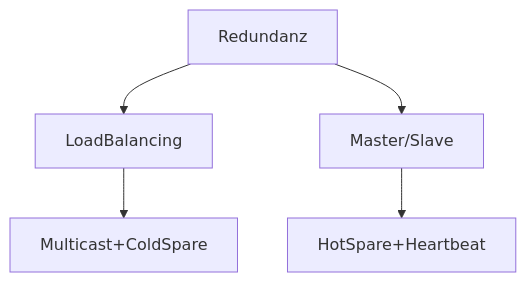
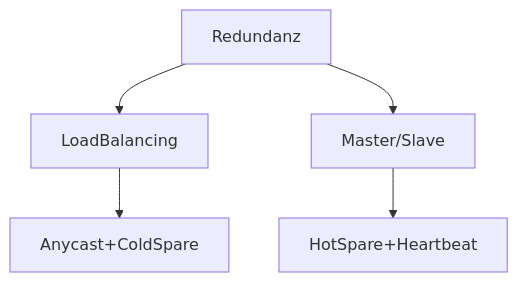
One commit to johannesloetzsch/LF10b changed the second of 4 diagrams in src/verfuegbarkeit.md. Above: the diagram before and after it, drawn with Mermaid. The commit also changed 2 other files, not shown here.

Commit message:
korrekturen

````diff
--- a/src/verfuegbarkeit.md
+++ b/src/verfuegbarkeit.md
@@ -45,7 +45,7 @@
 ```mermaid
 flowchart TB
   Redundanz --> LoadBalancing
-  LoadBalancing --> Multicast+ColdSpare
+  LoadBalancing --> Anycast+ColdSpare
   Redundanz --> ms[Master/Slave]
   ms --> HotSpare+Heartbeat
 ```
````
